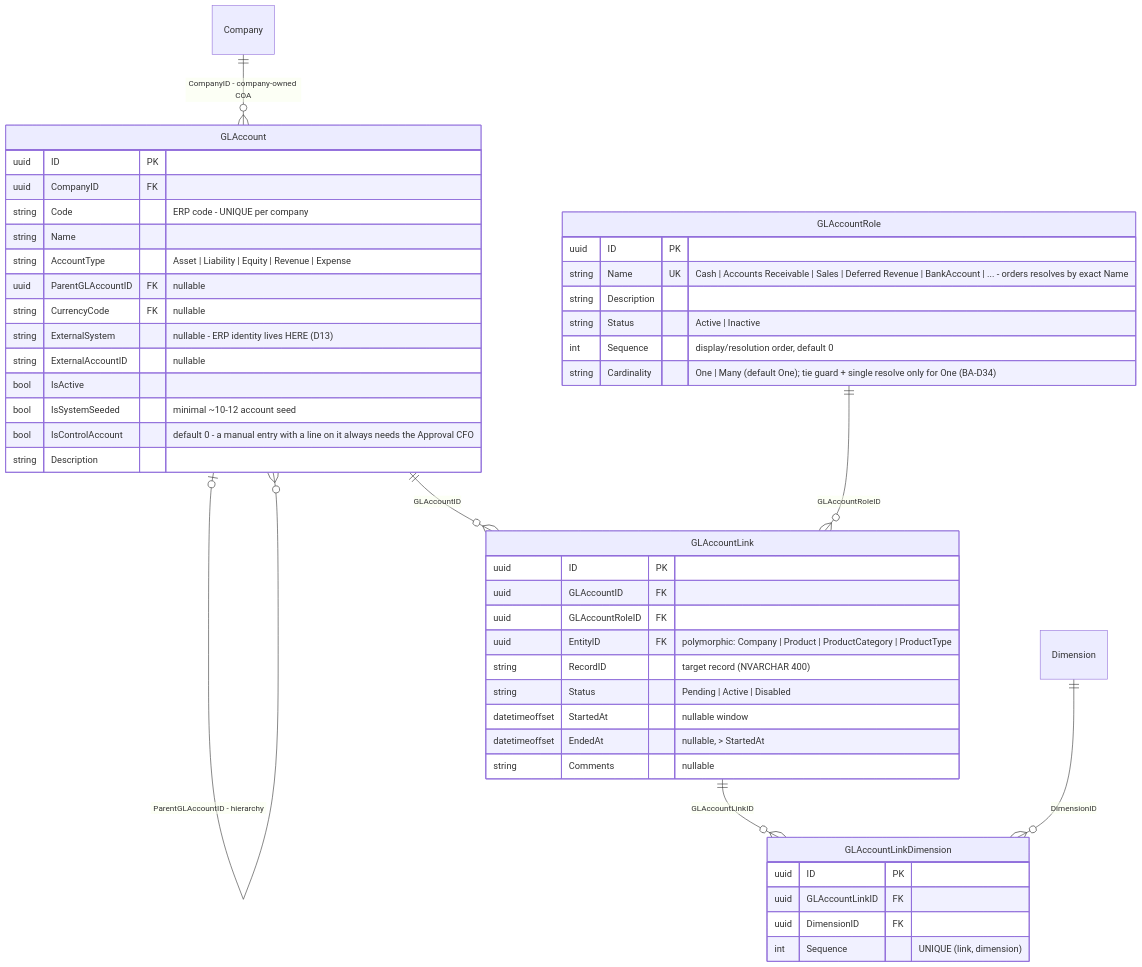
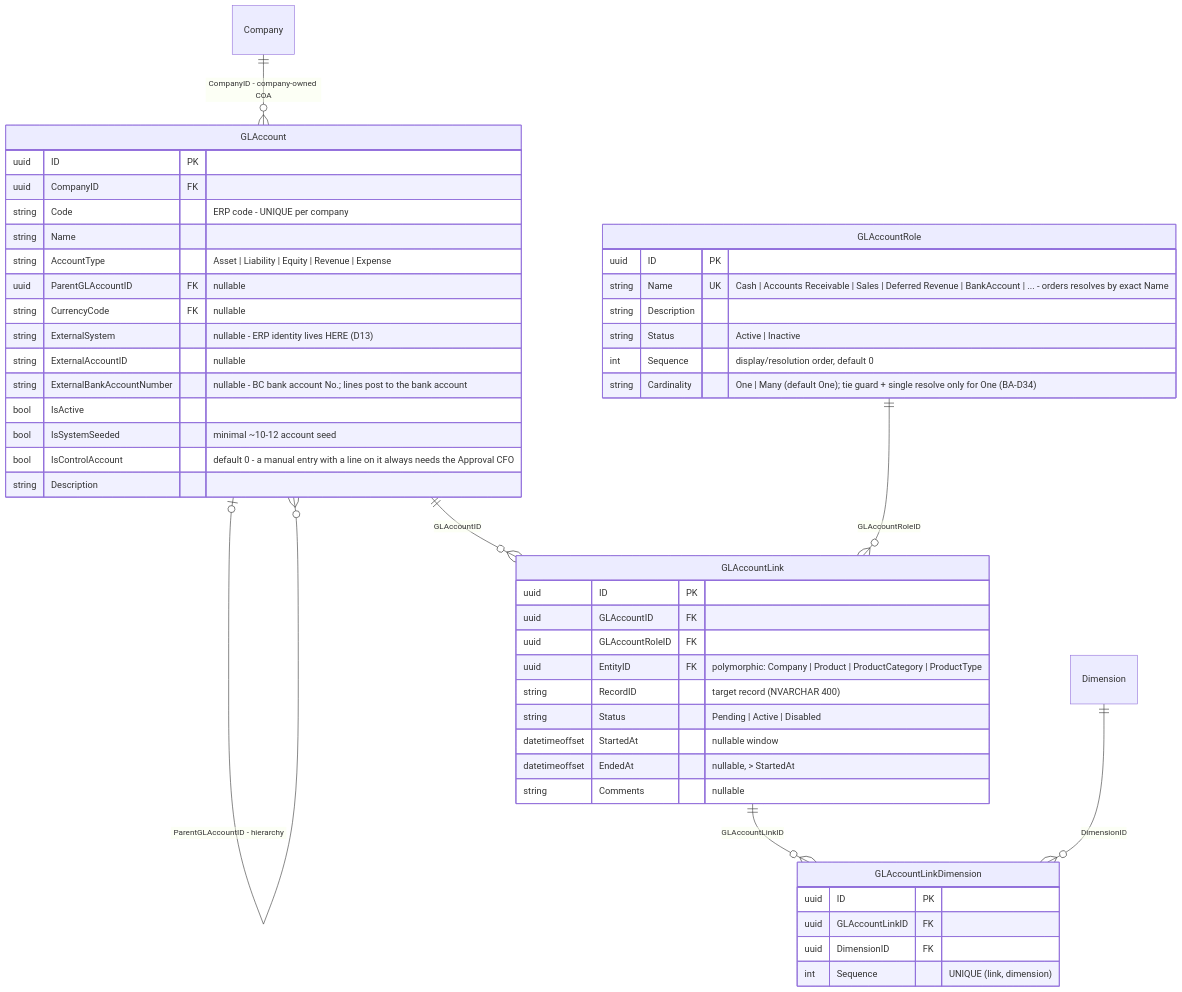
The fourth of 14 diagrams in docs/bizapps-accounting-erd.md (MemberJunction/bizapps-accounting), drawn with Mermaid before and after one commit. The commit also changed other lines of this file and 18 other files, not shown here.

First line of the commit message:
feat: post Business Central cash lines to the bank account they sit behind

````diff
--- a/docs/bizapps-accounting-erd.md
+++ b/docs/bizapps-accounting-erd.md
@@ -635,50 +636,51 @@
 ```mermaid
 erDiagram
     Company ||--o{ GLAccount : "CompanyID - company-owned COA"
     GLAccount |o--o{ GLAccount : "ParentGLAccountID - hierarchy"
     GLAccount ||--o{ GLAccountLink : "GLAccountID"
     GLAccountRole ||--o{ GLAccountLink : "GLAccountRoleID"
     GLAccountLink ||--o{ GLAccountLinkDimension : "GLAccountLinkID"
     Dimension ||--o{ GLAccountLinkDimension : "DimensionID"
 
     GLAccount {
         uuid ID PK
         uuid CompanyID FK
         string Code "ERP code - UNIQUE per company"
         string Name
         string AccountType "Asset | Liability | Equity | Revenue | Expense"
         uuid ParentGLAccountID FK "nullable"
         string CurrencyCode FK "nullable"
         string ExternalSystem "nullable - ERP identity lives HERE (D13)"
         string ExternalAccountID "nullable"
+        string ExternalBankAccountNumber "nullable - BC bank account No.; lines post to the bank account"
         bool IsActive
         bool IsSystemSeeded "minimal ~10-12 account seed"
         bool IsControlAccount "default 0 - a manual entry with a line on it always needs the Approval CFO"
         string Description
     }
     GLAccountRole {
         uuid ID PK
         string Name UK "Cash | Accounts Receivable | Sales | Deferred Revenue | BankAccount | ... - orders resolves by exact Name"
         string Description
         string Status "Active | Inactive"
         int Sequence "display/resolution order, default 0"
         string Cardinality "One | Many (default One); tie guard + single resolve only for One (BA-D34)"
     }
     GLAccountLink {
         uuid ID PK
         uuid GLAccountID FK
         uuid GLAccountRoleID FK
         uuid EntityID FK "polymorphic: Company | Product | ProductCategory | ProductType"
         string RecordID "target record (NVARCHAR 400)"
         string Status "Pending | Active | Disabled"
         datetimeoffset StartedAt "nullable window"
         datetimeoffset EndedAt "nullable, > StartedAt"
         string Comments "nullable"
     }
     GLAccountLinkDimension {
         uuid ID PK
         uuid GLAccountLinkID FK
         uuid DimensionID FK
         int Sequence "UNIQUE (link, dimension)"
     }
 ```
````
